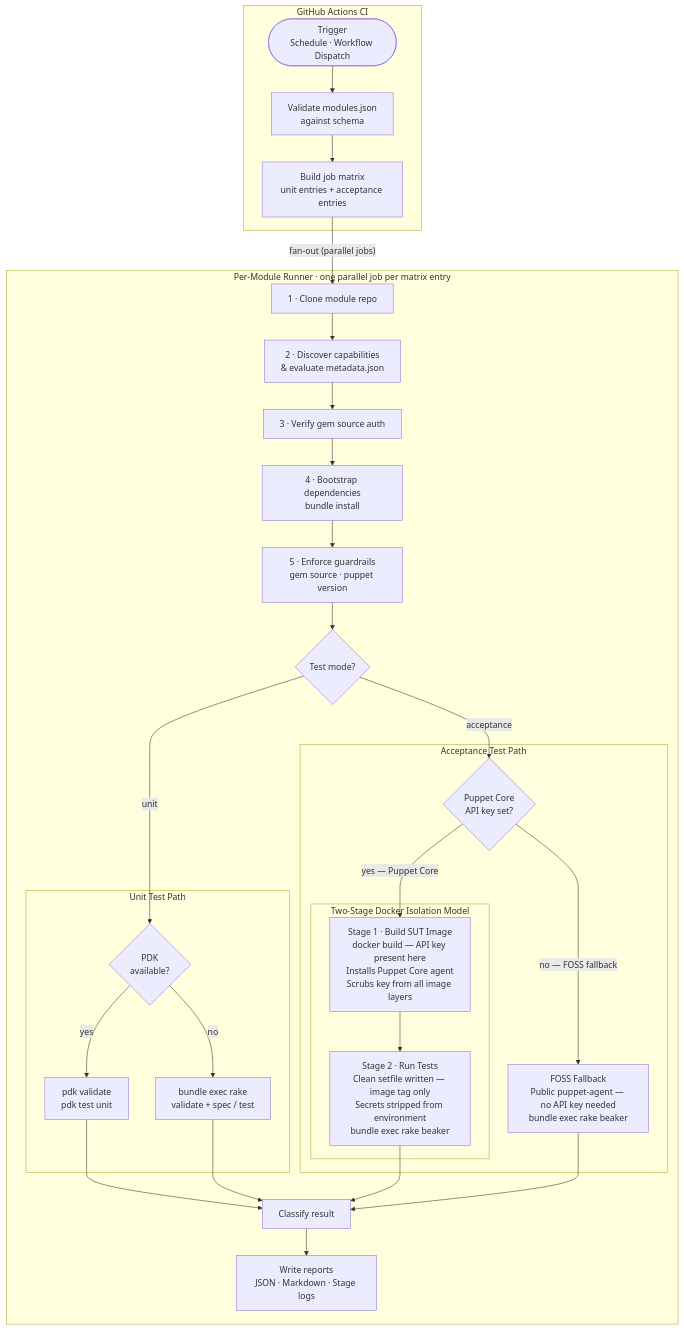
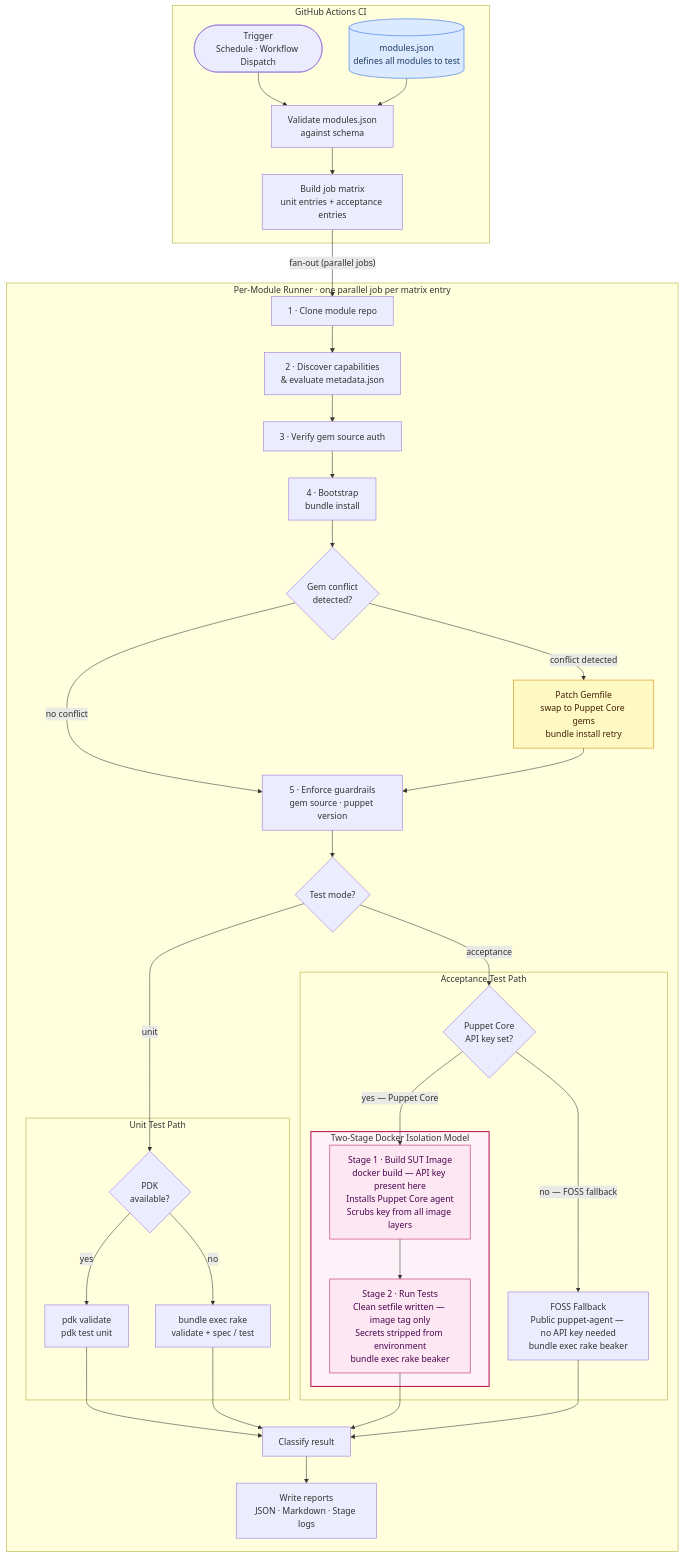
One commit to jst-cyr/puppet-module-tester-poc changed the diagram in docs/architecture-flow.md. Above: the diagram before and after it, drawn with Mermaid.

Commit message:
Updates to flow chart highlight important parts of the flow

````diff
--- a/docs/architecture-flow.md
+++ b/docs/architecture-flow.md
@@ -14,54 +14,71 @@
 ```mermaid
 flowchart TD
+    classDef datasource fill:#dbeafe,stroke:#2563eb,color:#1e3a5f
+    classDef gemswap fill:#fef9c3,stroke:#ca8a04,color:#422006
+    classDef isolation fill:#fce7f3,stroke:#be185d,color:#4a044e
+
     subgraph CI["GitHub Actions CI"]
+        MJ[("modules.json<br/>defines all modules to test")]
         T(["Trigger<br/>Schedule · Workflow Dispatch"])
         V["Validate modules.json<br/>against schema"]
         BM["Build job matrix<br/>unit entries + acceptance entries"]
     end
 
     subgraph Runner["Per-Module Runner  ·  one parallel job per matrix entry"]
         C["1 · Clone module repo"]
         D["2 · Discover capabilities<br/>& evaluate metadata.json"]
         A["3 · Verify gem source auth"]
-        B["4 · Bootstrap dependencies<br/>bundle install"]
+        B["4 · Bootstrap<br/>bundle install"]
+        GC{"Gem conflict<br/>detected?"}
+        BR["Patch Gemfile<br/>swap to Puppet Core gems<br/>bundle install retry"]
         G["5 · Enforce guardrails<br/>gem source · puppet version"]
 
         TM{"Test mode?"}
 
         subgraph UnitPath["Unit Test Path"]
             UP{"PDK<br/>available?"}
             PDK["pdk validate<br/>pdk test unit"]
             Rake["bundle exec rake<br/>validate + spec / test"]
         end
 
         subgraph AccPath["Acceptance Test Path"]
             AK{"Puppet Core<br/>API key set?"}
 
             subgraph TwoStage["Two-Stage Docker Isolation Model"]
                 S1["Stage 1 · Build SUT Image<br/>docker build — API key present here<br/>Installs Puppet Core agent<br/>Scrubs key from all image layers"]
                 S2["Stage 2 · Run Tests<br/>Clean setfile written — image tag only<br/>Secrets stripped from environment<br/>bundle exec rake beaker"]
             end
 
             FOSS["FOSS Fallback<br/>Public puppet-agent — no API key needed<br/>bundle exec rake beaker"]
         end
 
         CL["Classify result"]
         RP["Write reports<br/>JSON · Markdown · Stage logs"]
     end
 
-    T --> V --> BM
+    T --> V
+    MJ --> V
+    V --> BM
     BM -- "fan-out (parallel jobs)" --> C
-    C --> D --> A --> B --> G --> TM
+    C --> D --> A --> B --> GC
+    GC -- "no conflict" --> G
+    GC -- "conflict detected" --> BR --> G
+    G --> TM
 
     TM -- unit --> UP
     UP -- yes --> PDK
     UP -- no --> Rake
     PDK & Rake --> CL
 
     TM -- acceptance --> AK
     AK -- "yes — Puppet Core" --> S1
     S1 --> S2 --> CL
     AK -- "no — FOSS fallback" --> FOSS --> CL
 
     CL --> RP
+
+    class MJ datasource
+    class BR gemswap
+    class S1,S2 isolation
+    style TwoStage fill:#fdf2f8,stroke:#be185d,stroke-width:2px
 ```
````
